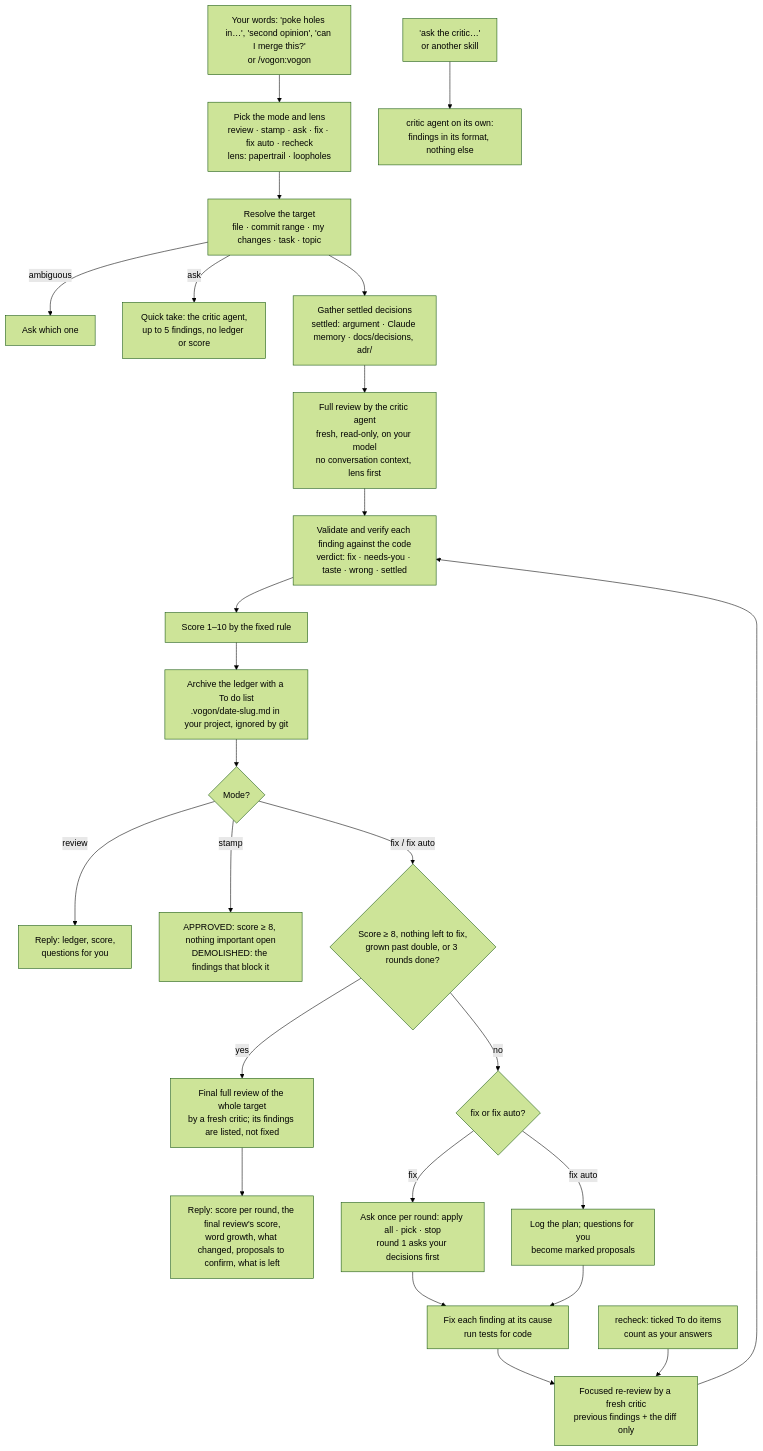
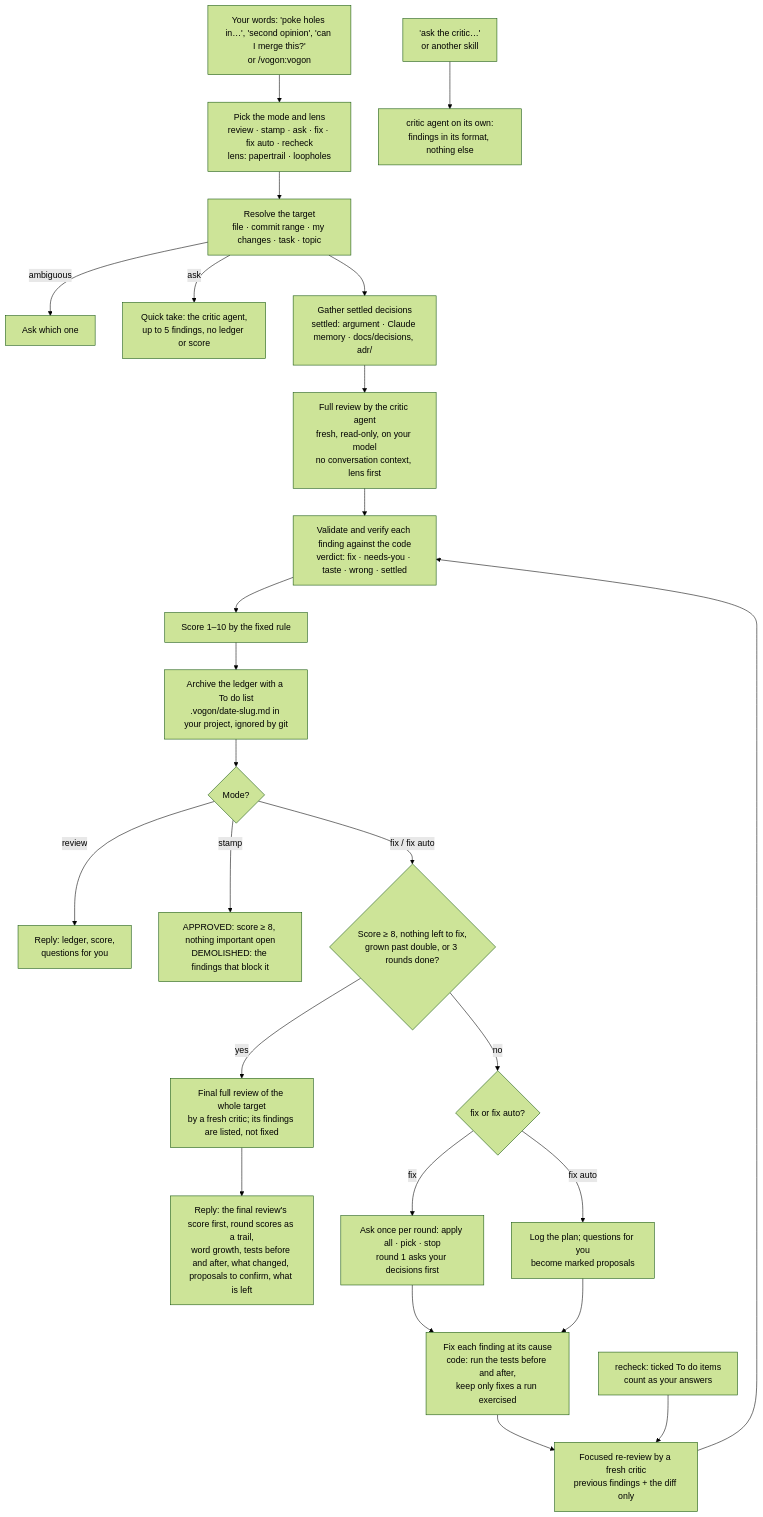
One commit to vjfrosty/vogon changed the diagram in README.md. Above: the diagram before and after it, drawn with Mermaid (forest theme). The commit also changed other lines of this file and 22 other files, not shown here.

Commit message:
Keep a code fix only when a run exercised it, never undo with git, and lead the fix reply with the final review's score: two runs on a planted-bug module fixed all four bugs and passed hidden checks, one with no shell changed no code; add both as test cases

````diff
--- a/README.md
+++ b/README.md
@@ -139,27 +140,27 @@
 ```mermaid
 flowchart TD
     U["Your words: 'poke holes in…', 'second opinion', 'can I merge this?'<br/>or /vogon:vogon"] --> MO["Pick the mode and lens<br/>review · stamp · ask · fix · fix auto · recheck<br/>lens: papertrail · loopholes"]
     MO --> B["Resolve the target<br/>file · commit range · my changes · task · topic"]
     B -->|ambiguous| ASK1["Ask which one"]
     B -->|ask| QK["Quick take: the critic agent,<br/>up to 5 findings, no ledger or score"]
     B --> C["Gather settled decisions<br/>settled: argument · Claude memory · docs/decisions, adr/"]
     C --> D["Full review by the critic agent<br/>fresh, read-only, on your model<br/>no conversation context, lens first"]
     D --> V["Validate and verify each finding against the code<br/>verdict: fix · needs-you · taste · wrong · settled"]
     V --> I["Score 1–10 by the fixed rule"]
     I --> J["Archive the ledger with a To do list<br/>.vogon/date-slug.md in your project, ignored by git"]
     J --> K{"Mode?"}
     K -->|review| R["Reply: ledger, score,<br/>questions for you"]
     K -->|stamp| ST["APPROVED: score ≥ 8, nothing important open<br/>DEMOLISHED: the findings that block it"]
     K -->|fix / fix auto| L{"Score ≥ 8, nothing left to fix,<br/>grown past double, or 3 rounds done?"}
     L -->|yes| FF["Final full review of the whole target<br/>by a fresh critic; its findings are listed, not fixed"]
-    FF --> S["Reply: score per round, the final review's score,<br/>word growth, what changed, proposals to confirm, what is left"]
+    FF --> S["Reply: the final review's score first, round scores as a trail,<br/>word growth, tests before and after, what changed, proposals to confirm, what is left"]
     L -->|no| N{"fix or fix auto?"}
     N -->|fix| O["Ask once per round: apply all · pick · stop<br/>round 1 asks your decisions first"]
     N -->|fix auto| P["Log the plan; questions for you<br/>become marked proposals"]
-    O --> Q["Fix each finding at its cause<br/>run tests for code"]
+    O --> Q["Fix each finding at its cause<br/>code: run the tests before and after,<br/>keep only fixes a run exercised"]
     P --> Q
     Q --> F["Focused re-review by a fresh critic<br/>previous findings + the diff only"]
     F --> V
     RC["recheck: ticked To do items<br/>count as your answers"] --> F
     AG["'ask the critic…'<br/>or another skill"] --> CR["critic agent on its own:<br/>findings in its format, nothing else"]
 ```
````
